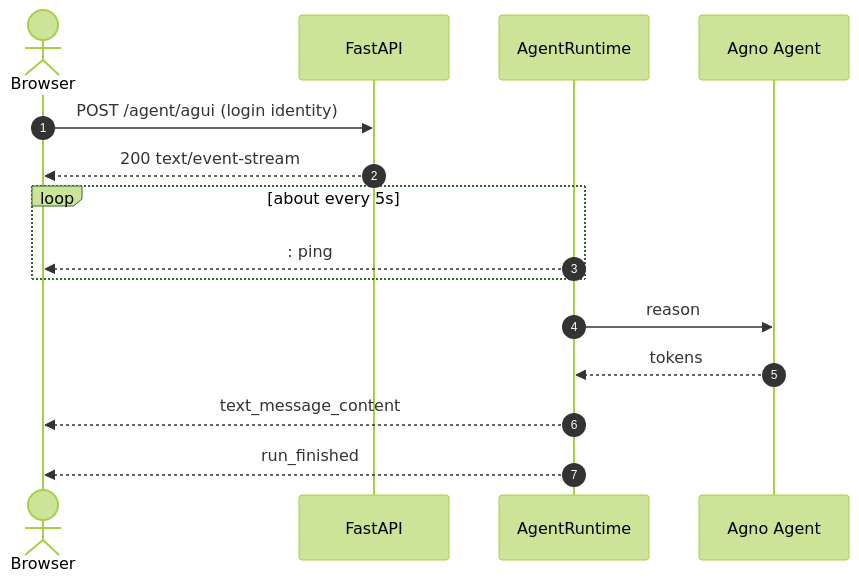
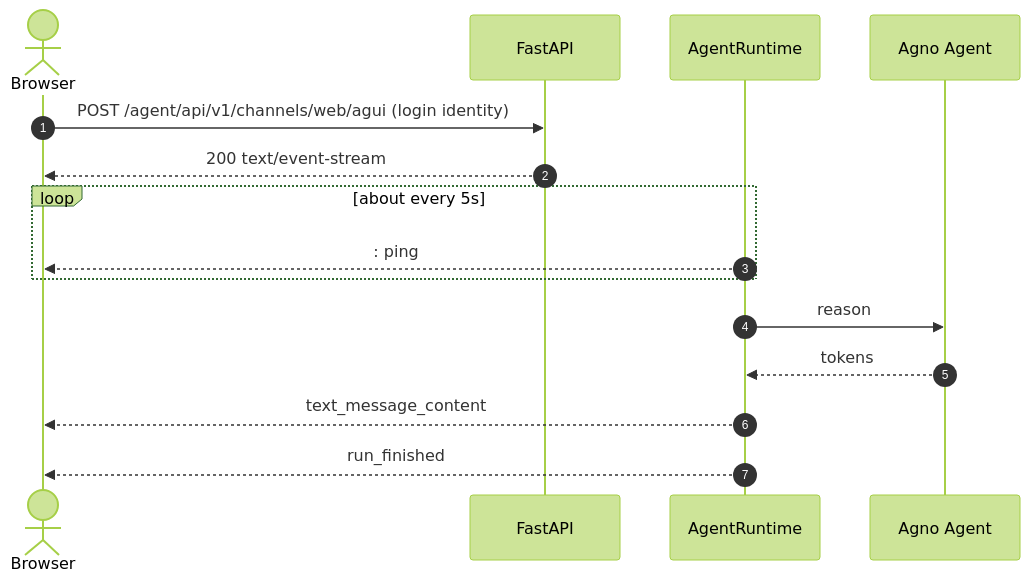
The diagram in docs/en/00-agent-cookbook/02-web-fastapi-agent.md (BrikerMan/agno-harness), drawn with Mermaid (forest theme) before and after one commit. The commit also changed other lines of this file and 103 other files, not shown here.

First line of the commit message:
docs: update API endpoints and enhance documentation for agent integration

````diff
--- a/docs/en/00-agent-cookbook/02-web-fastapi-agent.md
+++ b/docs/en/00-agent-cookbook/02-web-fastapi-agent.md
@@ -37,18 +37,18 @@
 ```mermaid
 sequenceDiagram
     autonumber
     actor Browser
     participant Router as FastAPI
     participant Runtime as AgentRuntime
     participant LLM as Agno Agent
 
-    Browser->>Router: POST /agent/agui (login identity)
+    Browser->>Router: POST /agent/api/v1/channels/web/agui (login identity)
     Router-->>Browser: 200 text/event-stream
     loop about every 5s
         Runtime-->>Browser: : ping
     end
     Runtime->>LLM: reason
     LLM-->>Runtime: tokens
     Runtime-->>Browser: text_message_content
     Runtime-->>Browser: run_finished
 ```
````
